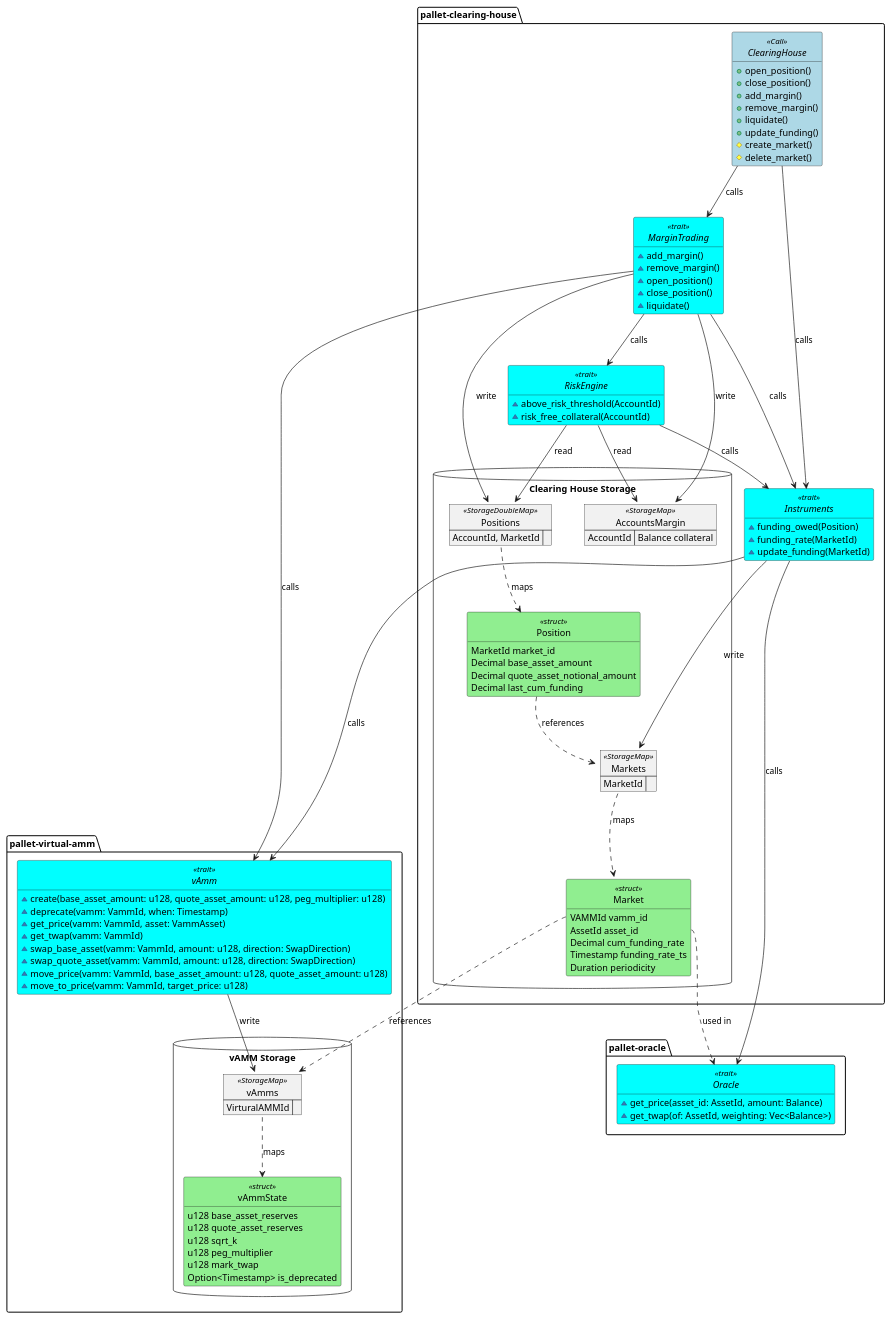
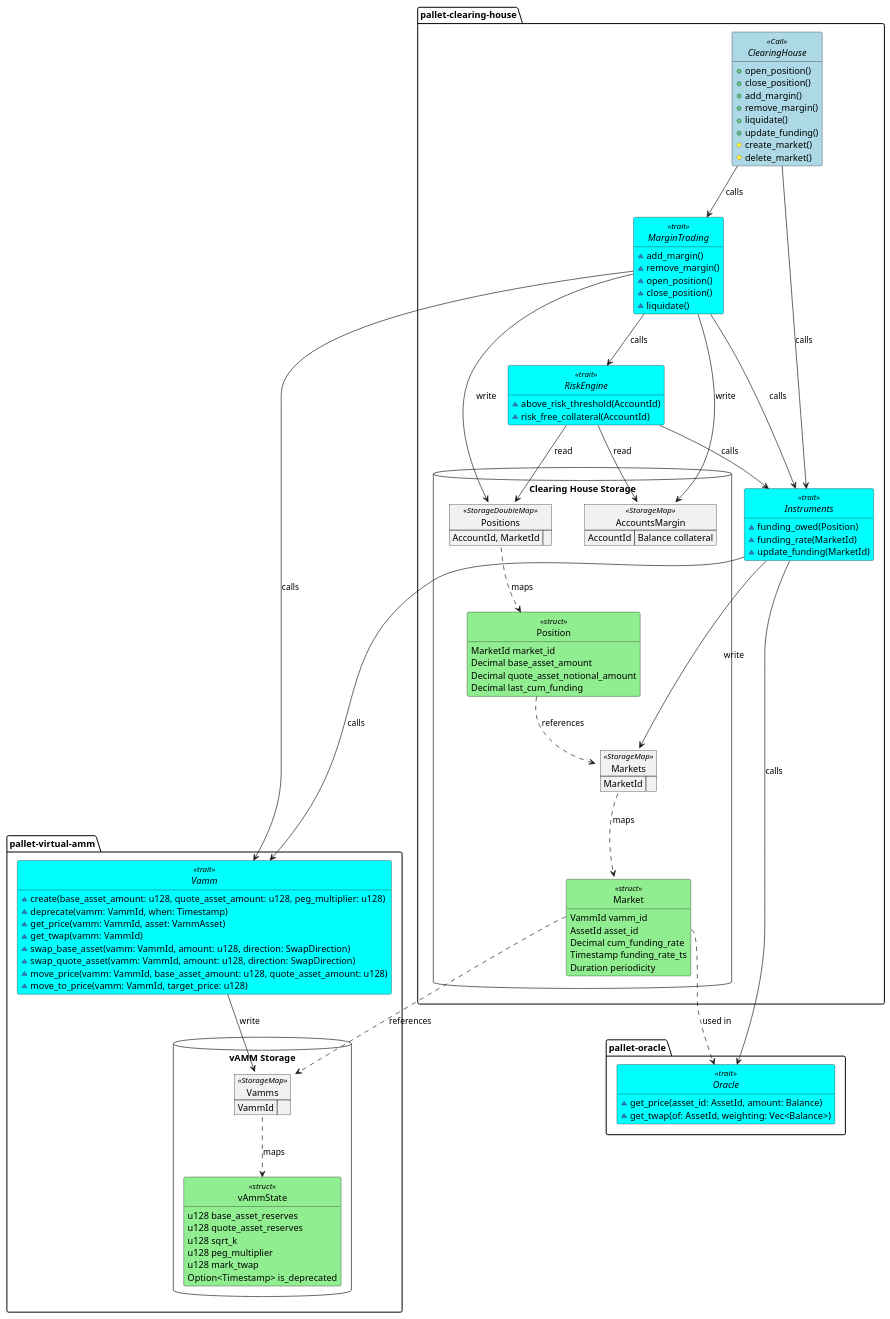
Before and after one commit to ComposableFi/composable: the diagram in frame/clearing-house/diagrams/clearing-house.plantuml, drawn with PlantUML.

Commit message:
chore(CH): update capitalization in main diagram

```diff
--- a/frame/clearing-house/diagrams/clearing-house.plantuml
+++ b/frame/clearing-house/diagrams/clearing-house.plantuml
@@ -1,160 +1,160 @@
 @startuml clearing-house
 
 <style>
 .struct {
     BackgroundColor LightGreen
 }
 .Call {
     BackgroundColor LightBlue
 }
 .trait {
     BackgroundColor Cyan
 }
 </style>
 
 package "pallet-clearing-house" {
     interface ClearingHouse <<Call>> {
         + open_position()
         + close_position()
         + add_margin()
         + remove_margin()
         + liquidate()
         + update_funding()
         # create_market()
         # delete_market()
     }
     
     interface "MarginTrading" as MTTrait <<trait>> {
         ~ add_margin()
         ~ remove_margin()
         ~ open_position()
         ~ close_position()
         ~ liquidate()
     }
     
     interface "RiskEngine" as RETrait <<trait>> {
         ~ above_risk_threshold(AccountId)
         ~ risk_free_collateral(AccountId)
         '~ get_margin_ratio()
         '~ get_free_collateral()
     }
     
     interface "Instruments" as ITrait <<trait>> {
         ~ funding_owed(Position)
         ~ funding_rate(MarketId)
         ~ update_funding(MarketId)
     }
 
     database "Clearing House Storage" {
         map "AccountsMargin" as MarginAccounts <<StorageMap>> {
             AccountId => Balance collateral
         }
 
         map Positions <<StorageDoubleMap>> {
             AccountId, MarketId =>
         }
 
         map Markets <<StorageMap>> {
             MarketId =>
         }
 
         class Position <<struct>> {
             MarketId market_id
             Decimal base_asset_amount
             Decimal quote_asset_notional_amount
             Decimal last_cum_funding
         }
 
         class Market <<struct>> {
-            VAMMId vamm_id
+            VammId vamm_id
             AssetId asset_id
             Decimal cum_funding_rate
             Timestamp funding_rate_ts
             Duration periodicity
         }
     }
 }
 
 package "pallet-virtual-amm" {
-    interface vAmm <<trait>> {
+    interface "Vamm" as vAmm <<trait>> {
         ~ create(base_asset_amount: u128, quote_asset_amount: u128, peg_multiplier: u128)
         ~ deprecate(vamm: VammId, when: Timestamp)
         ~ get_price(vamm: VammId, asset: VammAsset)
         ~ get_twap(vamm: VammId)
         ~ swap_base_asset(vamm: VammId, amount: u128, direction: SwapDirection)
         ~ swap_quote_asset(vamm: VammId, amount: u128, direction: SwapDirection)
         ~ move_price(vamm: VammId, base_asset_amount: u128, quote_asset_amount: u128)
         ~ move_to_price(vamm: VammId, target_price: u128)
     }
     database "vAMM Storage" {
-        map vAmms <<StorageMap>> {
-            VirturalAMMId =>
+        map "Vamms" as vAmms <<StorageMap>> {
+            VammId =>
         }
         class vAmmState <<struct>> {
             u128 base_asset_reserves
             u128 quote_asset_reserves
             u128 sqrt_k
             u128 peg_multiplier
             u128 mark_twap
             Option<Timestamp> is_deprecated
         }
     }
 }
 
 package "pallet-oracle" {
     interface Oracle <<trait>> {
         ~get_price(asset_id: AssetId, amount: Balance)
         ~get_twap(of: AssetId, weighting: Vec<Balance>)
     }
 }
 
 hide empty members
 hide circle
 
 '================== Storage relationships
 Markets ..> Market : maps
 Market::vamm_id ..> vAmms : references
 Market::asset_id ..> Oracle : used in
 
 Positions ..> Position: maps
 Position ..> Markets : references
 
 '================== Control flow relationships             
 ClearingHouse --> MTTrait : calls
 ClearingHouse --> ITrait : calls
 
 'add_margin
 'remove_margin
 MTTrait --> MarginAccounts : write
 
 'remove_margin
 MTTrait --> RETrait : calls
 
 'open_position
 'close_position
 'liquidate
 MTTrait --> Positions : write
 
 'open_position
 'close_position
 MTTrait --> vAmm : calls
 
 'update_funding
 MTTrait --> ITrait : calls
 
 'update_funding
 ITrait --> Markets : write
 ITrait --> Oracle : calls
 ITrait --> vAmm : calls
 
 'above_risk_threshold
 'risk_free_collateral
 RETrait --> MarginAccounts : read
 RETrait --> Positions : read
 RETrait --> ITrait : calls
 
 'vAMM
 vAmm --> vAmms : write
 vAmms ..> vAmmState : maps
 
 @enduml
```
